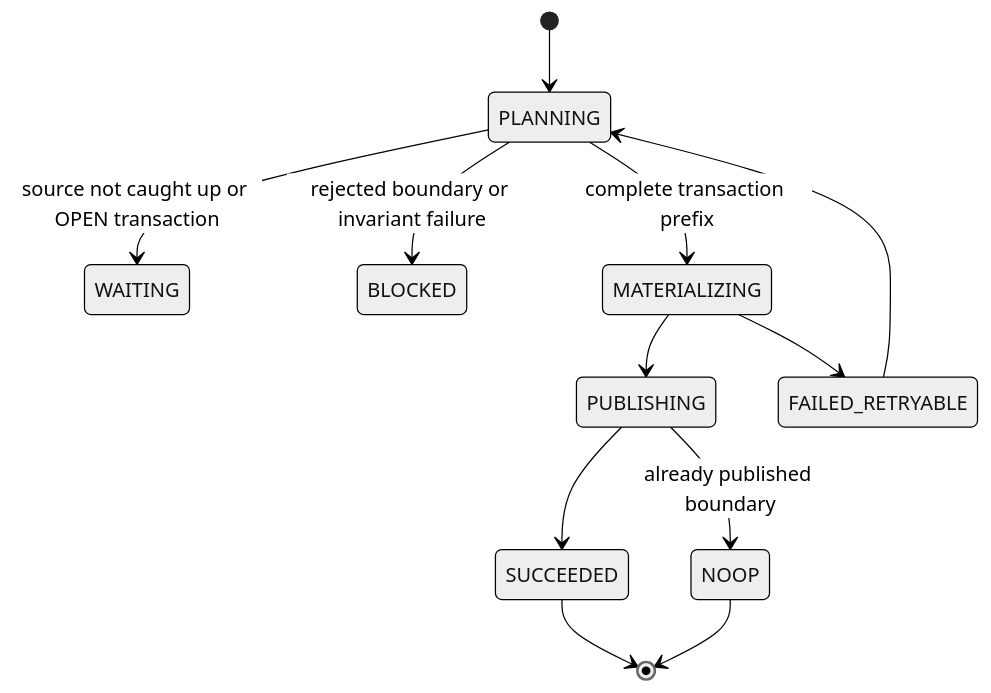
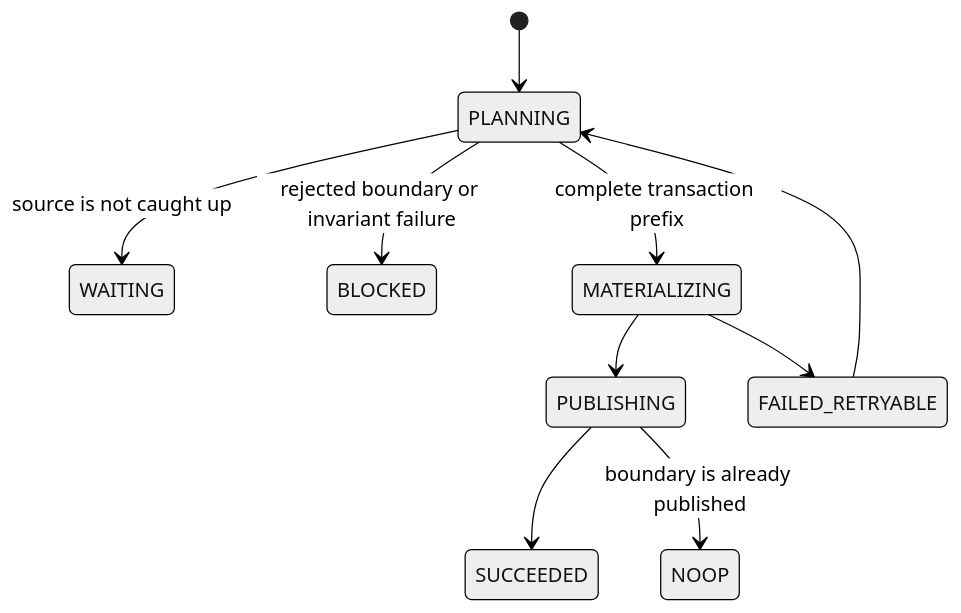
Before and after one commit to evgenii-karpov/olist-mds: the third of 4 diagrams in docs/diagrams.md, drawn with Mermaid (neutral theme). The commit also changed other lines of this file and 106 other files, not shown here.

````diff
--- a/docs/diagrams.md
+++ b/docs/diagrams.md
@@ -56,14 +39,12 @@
 ```mermaid
 stateDiagram-v2
     [*] --> PLANNING
-    PLANNING --> WAITING: source not caught up or OPEN transaction
+    PLANNING --> WAITING: source is not caught up
     PLANNING --> BLOCKED: rejected boundary or invariant failure
     PLANNING --> MATERIALIZING: complete transaction prefix
     MATERIALIZING --> PUBLISHING
     PUBLISHING --> SUCCEEDED
-    PUBLISHING --> NOOP: already published boundary
+    PUBLISHING --> NOOP: boundary is already published
     MATERIALIZING --> FAILED_RETRYABLE
     FAILED_RETRYABLE --> PLANNING
-    SUCCEEDED --> [*]
-    NOOP --> [*]
 ```
````
